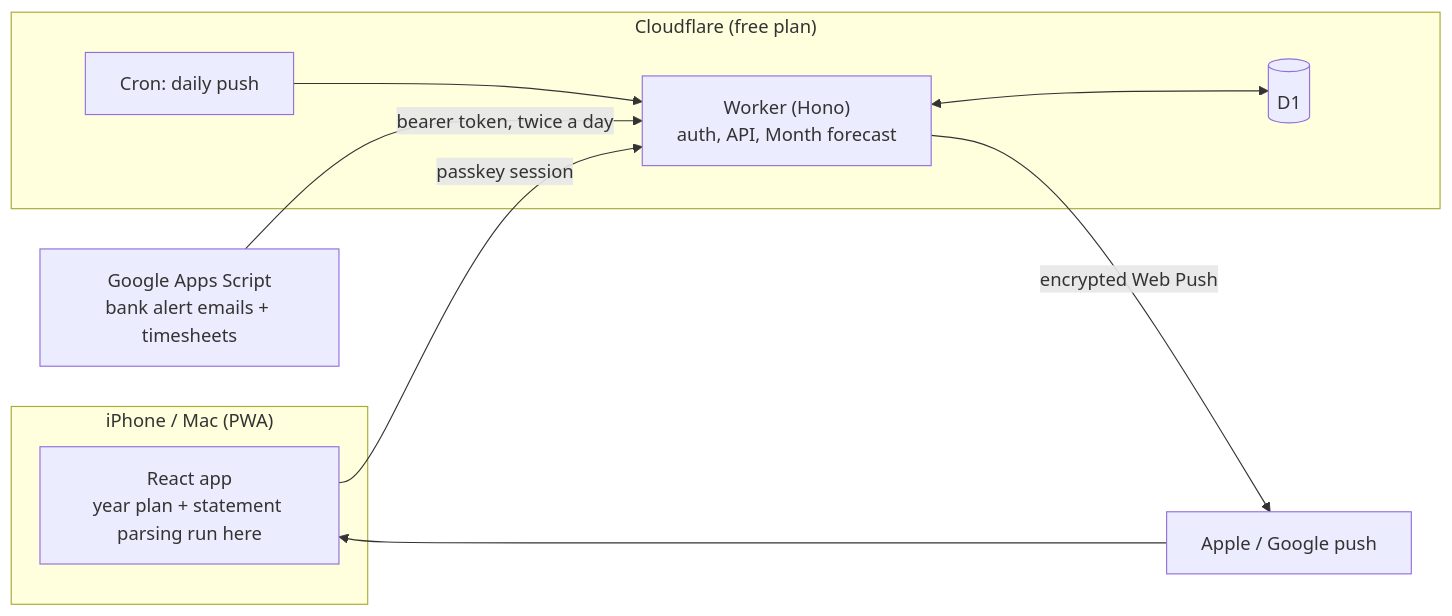
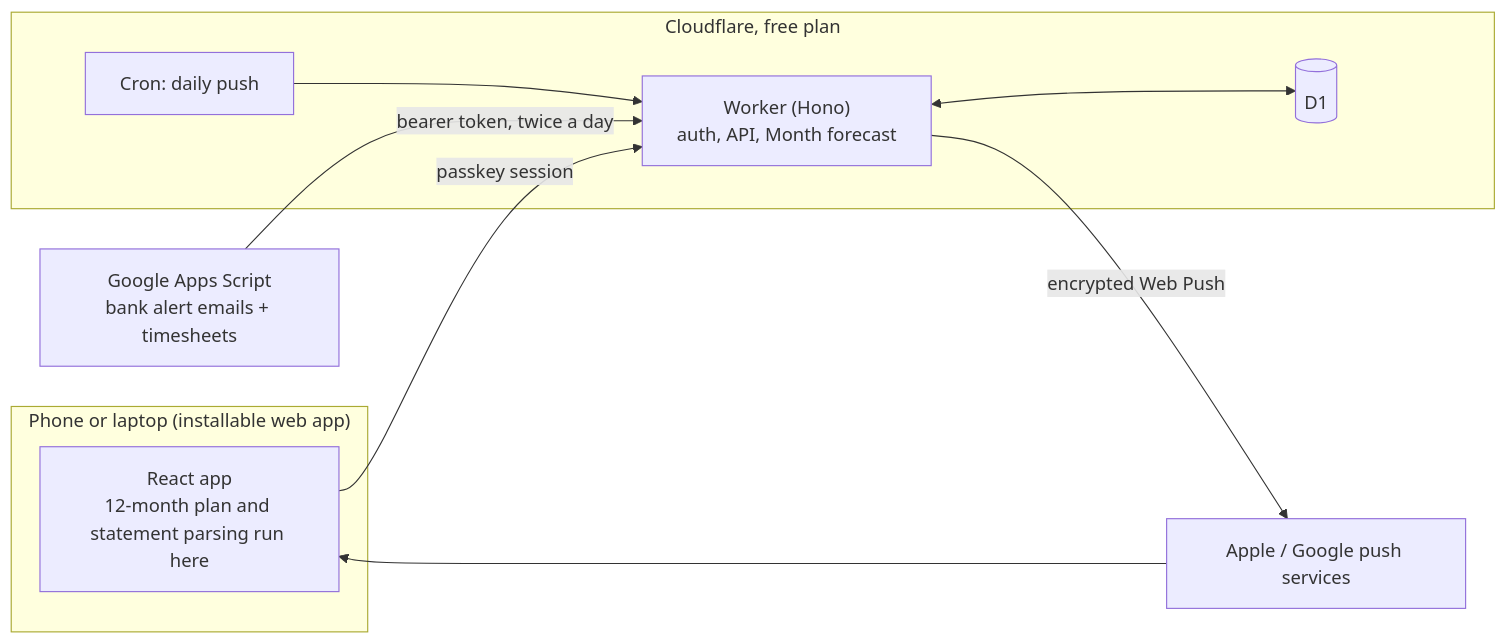
The diagram in README.md (grosssec/lowtide), drawn with Mermaid before and after one commit. The commit also changed other lines of this file and 50 other files, not shown here.

First line of the commit message:
docs: Lowtide landing page, architecture, brand guide and repository setup

````diff
--- a/README.md
+++ b/README.md
@@ -37,20 +57,20 @@
 ```mermaid
 flowchart LR
-  subgraph Phone["iPhone / Mac (PWA)"]
-    UI["React app<br/>year plan + statement parsing run here"]
+  subgraph Device["Phone or laptop (installable web app)"]
+    UI["React app<br/>12-month plan and statement parsing run here"]
   end
-  subgraph CF["Cloudflare (free plan)"]
+  subgraph CF["Cloudflare, free plan"]
     W["Worker (Hono)<br/>auth, API, Month forecast"]
     DB[("D1")]
     C["Cron: daily push"]
   end
   GS["Google Apps Script<br/>bank alert emails + timesheets"]
-  P["Apple / Google push"]
+  P["Apple / Google push services"]
 
   UI -- "passkey session" --> W
   GS -- "bearer token, twice a day" --> W
   W <--> DB
   C --> W
   W -- "encrypted Web Push" --> P
   P --> UI
 ```
````
